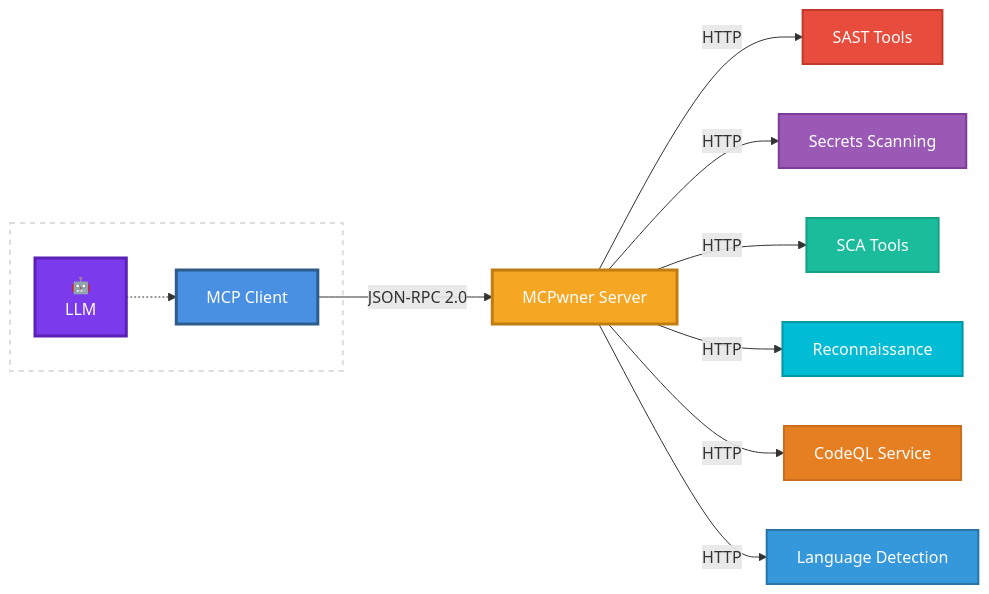
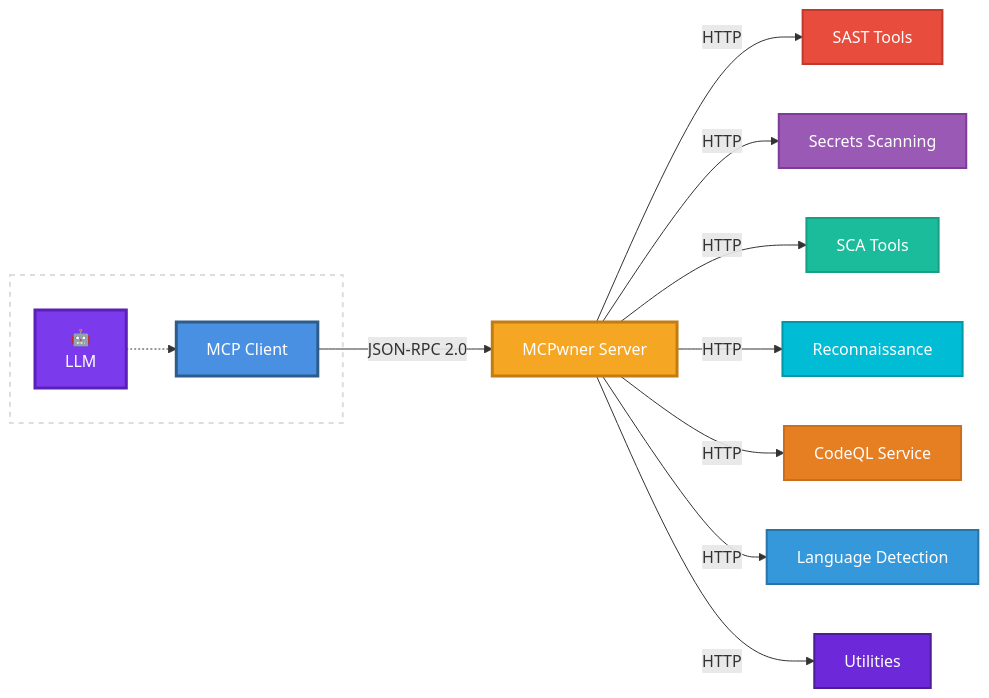
One commit to Pigyon/MCPwner changed the first of 2 diagrams in README.md. Above: the diagram before and after it, drawn with Mermaid. The commit also changed other lines of this file and 5 other files, not shown here.

````diff
--- a/README.md
+++ b/README.md
@@ -249,36 +255,39 @@
 ```mermaid
 graph LR
     subgraph IDE[" "]
         LLM[🤖<br/>LLM]
         Client[MCP Client]
         LLM -.-> Client
     end
 
     Server[MCPwner Server]
 
     SAST[SAST Tools]
     Secrets[Secrets Scanning]
     SCA[SCA Tools]
     Recon[Reconnaissance]
     CodeQL[CodeQL Service]
     Linguist[Language Detection]
+    Utilities[Utilities]
 
     Client -->|JSON-RPC 2.0| Server
     Server -->|HTTP| SAST
     Server -->|HTTP| Secrets
     Server -->|HTTP| SCA
     Server -->|HTTP| Recon
     Server -->|HTTP| CodeQL
     Server -->|HTTP| Linguist
+    Server -->|HTTP| Utilities
 
     style LLM fill:#7C3AED,stroke:#5B21B6,stroke-width:3px,color:#fff
     style Client fill:#4A90E2,stroke:#2E5C8A,stroke-width:3px,color:#fff
     style Server fill:#F5A623,stroke:#C17D11,stroke-width:3px,color:#fff
     style SAST fill:#E74C3C,stroke:#C0392B,stroke-width:2px,color:#fff
     style Secrets fill:#9B59B6,stroke:#7D3C98,stroke-width:2px,color:#fff
     style SCA fill:#1ABC9C,stroke:#16A085,stroke-width:2px,color:#fff
     style Recon fill:#00BCD4,stroke:#0097A7,stroke-width:2px,color:#fff
     style CodeQL fill:#E67E22,stroke:#CA6F1E,stroke-width:2px,color:#fff
     style Linguist fill:#3498DB,stroke:#2874A6,stroke-width:2px,color:#fff
+    style Utilities fill:#6D28D9,stroke:#4C1D95,stroke-width:2px,color:#fff
     style IDE fill:none,stroke:#ddd,stroke-width:2px,stroke-dasharray: 5 5
 ```
````
